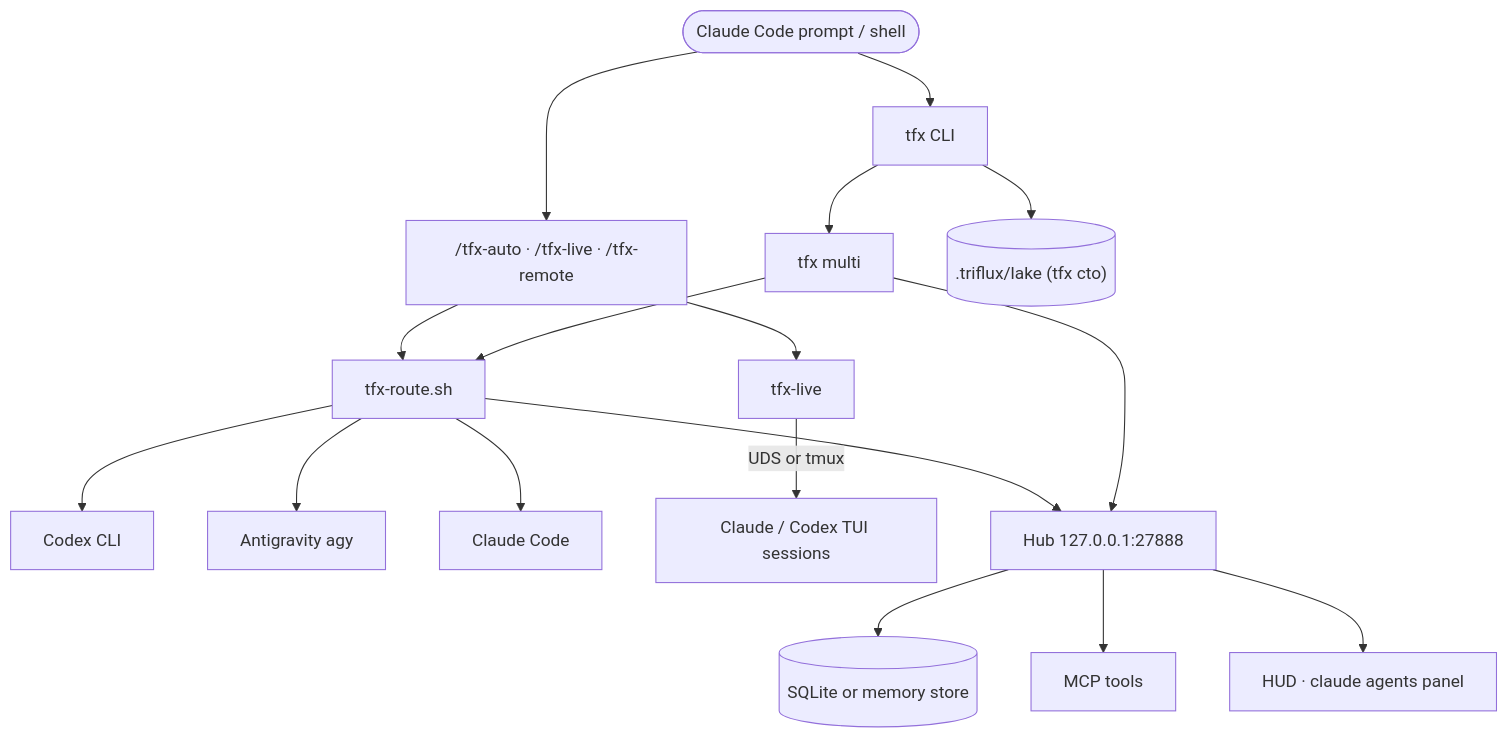
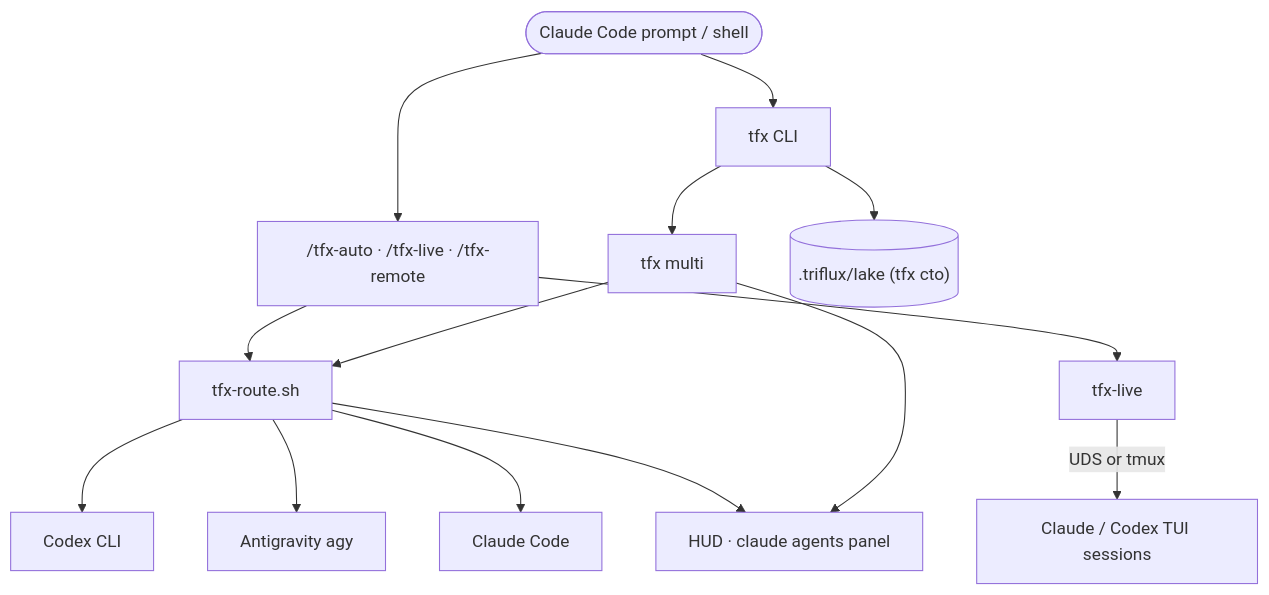
Before and after one commit to tellang/triflux: the diagram in README.md, drawn with Mermaid. The commit also changed other lines of this file and 20 other files, not shown here.

````diff
--- a/README.md
+++ b/README.md
@@ -188,19 +184,16 @@
 ```mermaid
 graph TD
     User([Claude Code prompt / shell]) --> Skills["/tfx-auto · /tfx-live · /tfx-remote"]
     User --> CLI[tfx CLI]
     Skills --> Route[tfx-route.sh]
     Skills --> Live[tfx-live]
     CLI --> Team["tfx multi"]
     Route --> Codex[Codex CLI]
     Route --> Agy[Antigravity agy]
     Route --> Claude[Claude Code]
     Team --> Route
     Live -->|UDS or tmux| Sessions[Claude / Codex TUI sessions]
-    Route --> Hub["Hub 127.0.0.1:27888"]
-    Team --> Hub
-    Hub --> Store[(SQLite or memory store)]
-    Hub --> MCP[MCP tools]
-    Hub --> UI["HUD · claude agents panel"]
+    Route --> UI["HUD · claude agents panel"]
+    Team --> UI
     CLI --> Lake[(".triflux/lake (tfx cto)")]
 ```
````
